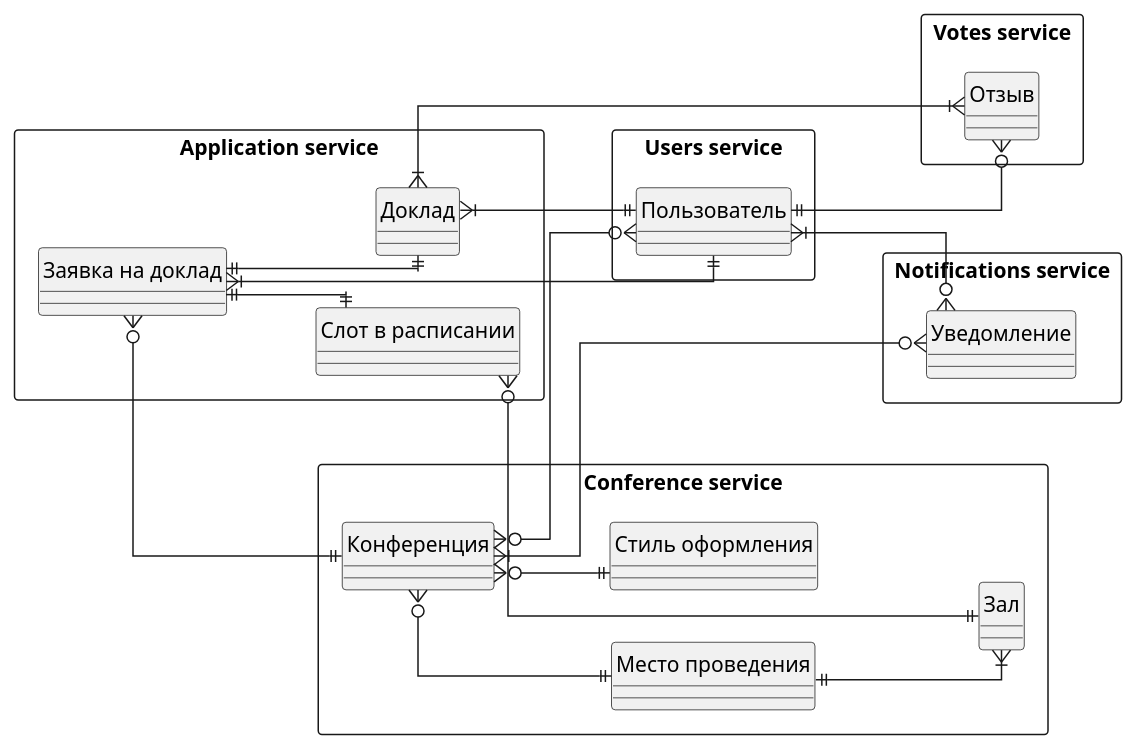
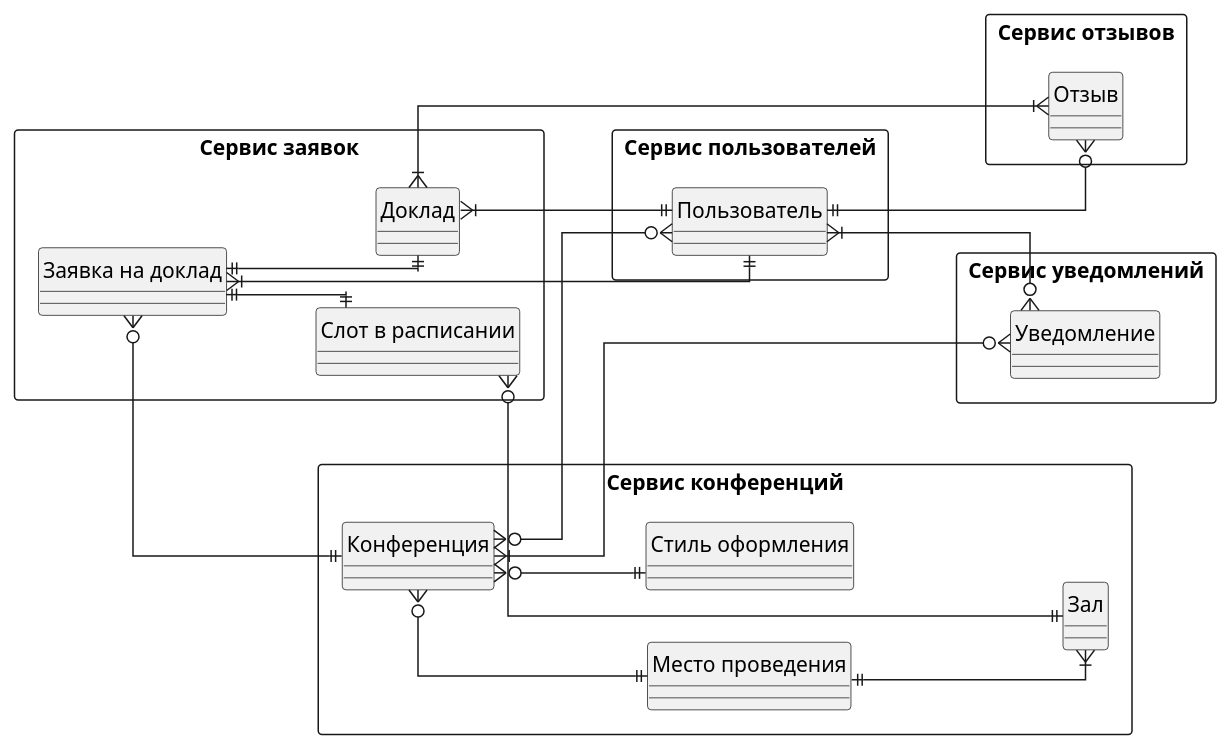
One commit to Maks113/otus-microservice-arch changed the third of 5 diagrams in homework-1/ДЗ 1 - Паттерны декомпозиции микросервисов.md. Above: the diagram before and after it, drawn with PlantUML. The commit also changed other lines of this file and 1 other file, not shown here.

````diff
--- a/homework-1/ДЗ 1 - Паттерны декомпозиции микросервисов.md
+++ b/homework-1/ДЗ 1 - Паттерны декомпозиции микросервисов.md
@@ -203,42 +208,42 @@
 ```plantuml
 left to right direction
 
 hide circle
 skinparam linetype ortho
 
-rectangle "Conference service" as c {
+rectangle "Сервис конференций" as c {
 	entity "Конференция" as conf
 	entity "Зал" as room 
 	entity "Место проведения" as event_location 
 	entity "Стиль оформления" as theme 
 }
-rectangle "Application service" {
+rectangle "Сервис заявок" {
 	entity "Заявка на доклад" as request
 	entity "Слот в расписании" as slot 
 	entity "Доклад" as talk 
 }
-rectangle "Users service" {
+rectangle "Сервис пользователей" {
 	entity "Пользователь" as user 
 }
-rectangle "Notifications service" {
+rectangle "Сервис уведомлений" {
 	entity "Уведомление" as notification 
 }
-rectangle "Votes service" {
+rectangle "Сервис отзывов" {
 	entity "Отзыв" as vote
 }
 
 conf }o--|| theme
 conf }o--|| event_location
 event_location ||--|{ room
 request ||--|| talk
 request }|--|| user
 request }o--|| conf
 request ||--|| slot
 slot }o--|| room
 talk }|--|| user
 conf }o--o{ user
 talk }|--|{ vote
 user ||--o{ vote
 user }|--o{ notification
 conf }|--o{ notification
 ```
````
